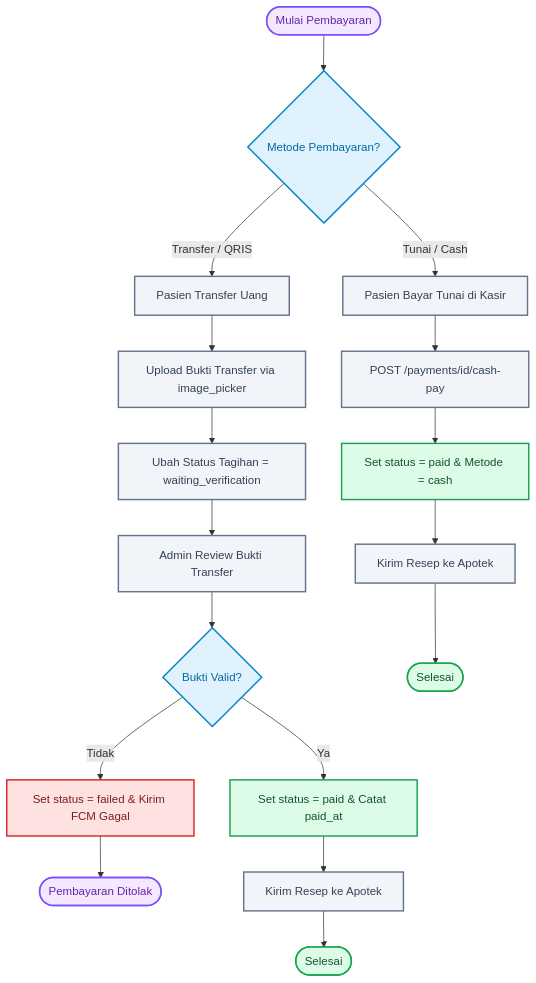
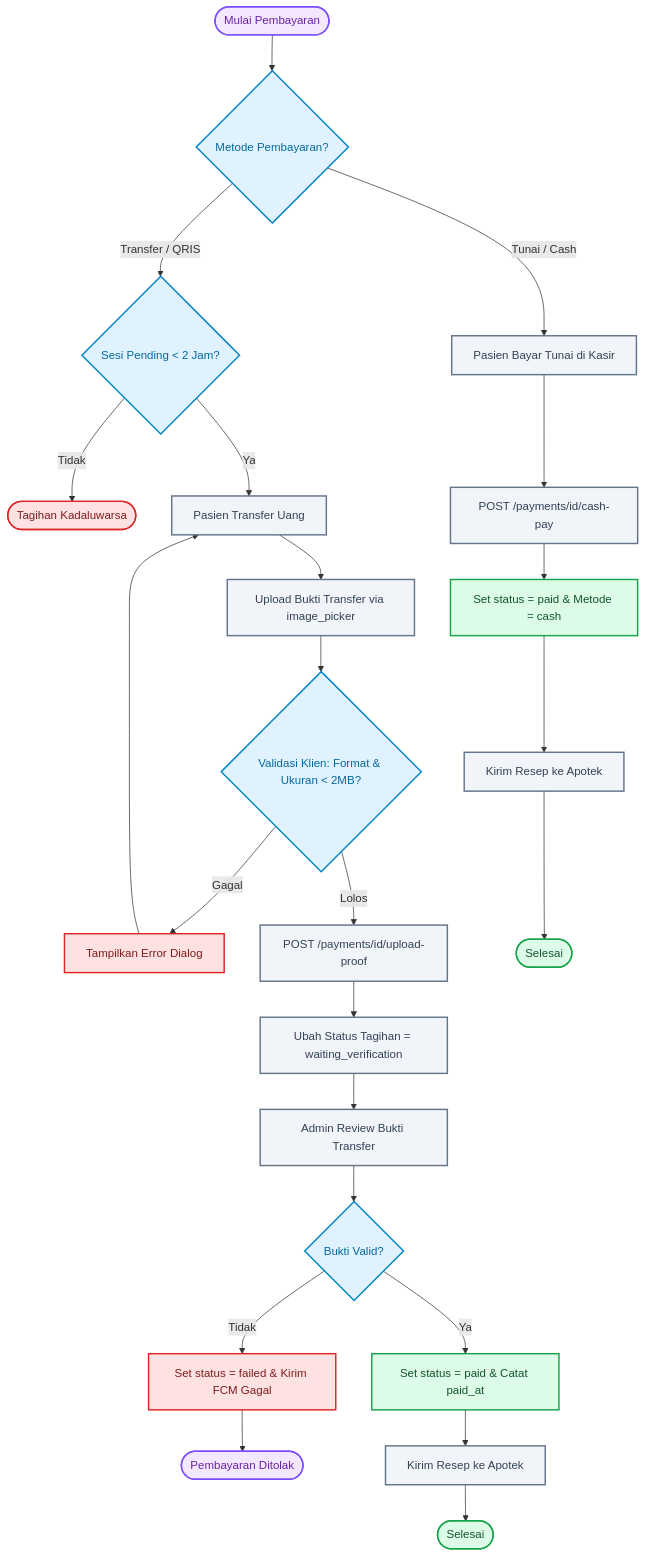
One commit to Rezi14/NalaSeva-Mobile-Test changed the eighth of 10 diagrams in dokumentasi/ALUR_BISNIS.md. Above: the diagram before and after it, drawn with Mermaid. The commit also changed other lines of this file and 15 other files, not shown here.

````diff
--- a/dokumentasi/ALUR_BISNIS.md
+++ b/dokumentasi/ALUR_BISNIS.md
@@ -317,23 +318,28 @@
 ```mermaid
 flowchart TD
     classDef startEnd fill:#f3e8ff,stroke:#7c4dff,stroke-width:2px,color:#6b21a8;
     classDef decision fill:#e0f2fe,stroke:#0284c7,stroke-width:2px,color:#0369a1;
     classDef process fill:#f1f5f9,stroke:#64748b,stroke-width:2px,color:#334155;
     classDef success fill:#dcfce7,stroke:#16a34a,stroke-width:2px,color:#14532d;
     classDef fail fill:#fee2e2,stroke:#dc2626,stroke-width:2px,color:#7f1d1d;
 
     Start([Mulai Pembayaran]):::startEnd --> Method{Metode Pembayaran?}:::decision
     
-    Method -- Transfer / QRIS --> Transfer[Pasien Transfer Uang]:::process
+    Method -- Transfer / QRIS --> TimeCheck{Sesi Pending < 2 Jam?}:::decision
+    TimeCheck -- Tidak --> Expired([Tagihan Kadaluwarsa]):::fail
+    TimeCheck -- Ya --> Transfer[Pasien Transfer Uang]:::process
     Transfer --> Upload[Upload Bukti Transfer via image_picker]:::process
-    Upload --> Waiting[Ubah Status Tagihan = waiting_verification]:::process
+    Upload --> Validation{Validasi Klien: Format & Ukuran < 2MB?}:::decision
+    Validation -- Gagal --> WarnDlg[Tampilkan Error Dialog]:::fail --> Transfer
+    Validation -- Lolos --> API[POST /payments/id/upload-proof]:::process
+    API --> Waiting[Ubah Status Tagihan = waiting_verification]:::process
     Waiting --> Review[Admin Review Bukti Transfer]:::process
     Review --> Valid{Bukti Valid?}:::decision
     
     Valid -- Tidak --> Reject[Set status = failed & Kirim FCM Gagal]:::fail --> EndFail([Pembayaran Ditolak]):::startEnd
     Valid -- Ya --> Approve[Set status = paid & Catat paid_at]:::success --> SendRx1[Kirim Resep ke Apotek]:::process --> Done1([Selesai]):::success
     
     Method -- Tunai / Cash --> Cash[Pasien Bayar Tunai di Kasir]:::process
     Cash --> CashAPI[POST /payments/id/cash-pay]:::process
     CashAPI --> Paid[Set status = paid & Metode = cash]:::success --> SendRx2[Kirim Resep ke Apotek]:::process --> Done2([Selesai]):::success
 ```
````
